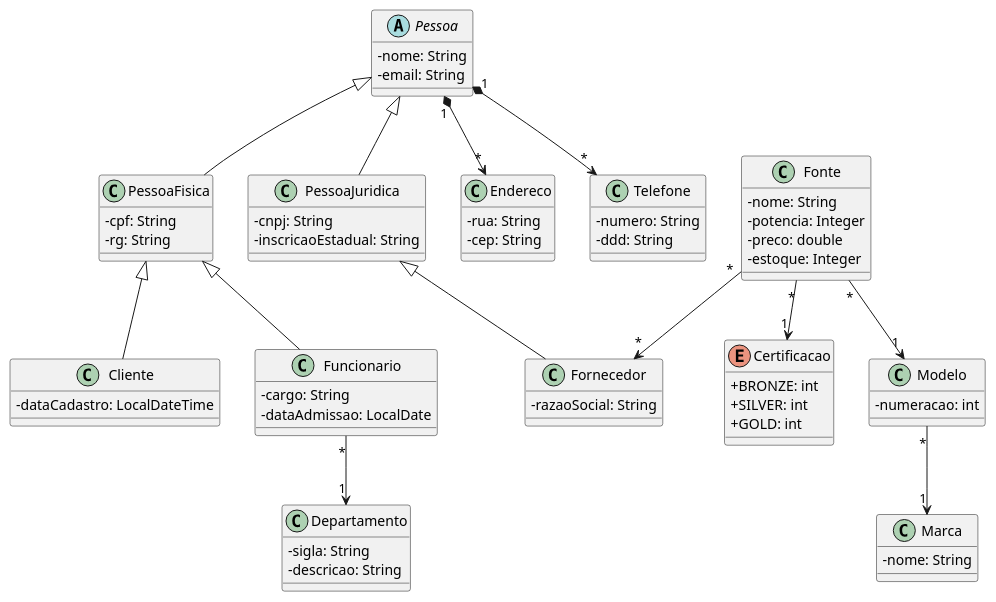
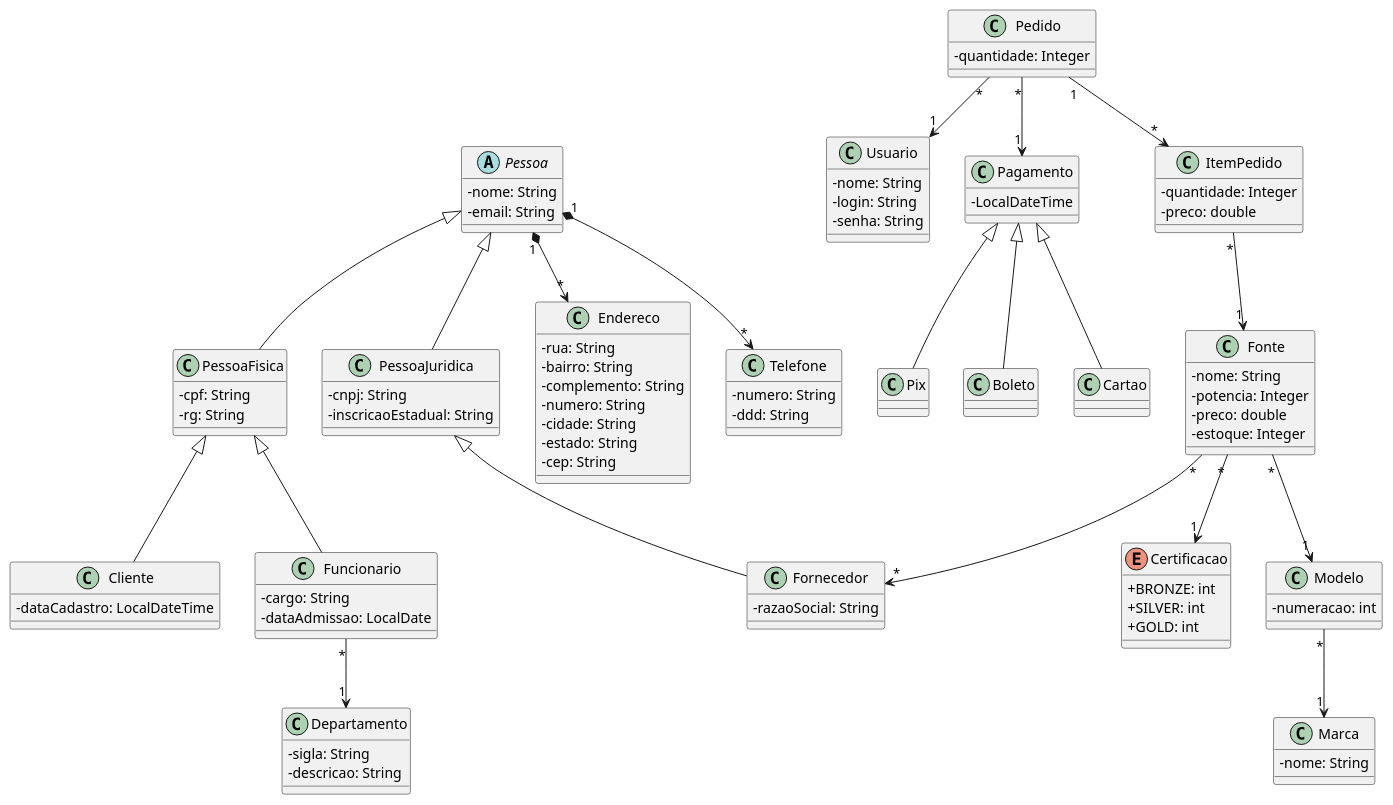
The diagram in src/main/resources/UML.puml (BielGG9/fontestp1), drawn with PlantUML before and after one commit. The commit also changed 1 other file, not shown here.

```diff
--- a/src/main/resources/UML.puml
+++ b/src/main/resources/UML.puml
@@ -1,72 +1,129 @@
 @startuml
 
 skinparam classAttributeIconSize 0
 
 
 class PessoaFisica extends Pessoa {
   -cpf: String
   -rg: String
 }
 
 class PessoaJuridica extends Pessoa {
   -cnpj: String
   -inscricaoEstadual: String
 }
 
 abstract class Pessoa {
   -nome: String
   -email: String
 }
 
 class Cliente extends PessoaFisica{
   -dataCadastro: LocalDateTime
 }
+
 class Endereco {
   -rua: String
+  -bairro: String
+  -complemento: String
+  -numero: String
+  -cidade: String
+  -estado: String
   -cep: String
+
 }
+
 class Telefone {
   -numero: String
   -ddd: String
 }
 
 Class Departamento {
   -sigla: String
   -descricao: String
 }
+
 class Funcionario extends PessoaFisica {
   -cargo: String
   -dataAdmissao: LocalDate
 }
+
 class Fornecedor extends PessoaJuridica {
   -razaoSocial: String
 }
+
+class Usuario {
+  -nome: String
+  -login: String
+  -senha: String
+}
+
+class Pedido {
+  -quantidade: Integer
+
+}
+
+class Pagamento {
+  -LocalDateTime
+
+}
+
+class Pix extends Pagamento {
+
+}
+
+class Boleto extends Pagamento {
+
+}
+
+class Cartao extends Pagamento{
+
+}
+
+class ItemPedido {
+  -quantidade: Integer
+  -preco: double
+
+}
+
 class Fonte {
   -nome: String
   -potencia: Integer
   -preco: double
   -estoque: Integer
 }
+
 class Marca {
   -nome: String
 }
+
 enum Certificacao {
   + BRONZE: int
   + SILVER: int
   + GOLD: int 
 }
+
 class Modelo {
   -numeracao: int
   
   }
 
 Pessoa "1" *--> "*" Endereco
 Pessoa "1" *--> "*" Telefone
+
 Funcionario "*" --> "1" Departamento
+
+Pedido "*" --> "1" Usuario 
+Pedido "1" --> "*" ItemPedido
+Pedido "*" --> "1" Pagamento 
+
+ItemPedido "*" --> "1" Fonte
+
 Fonte "*" --> "1" Modelo
+Fonte "*" --> "*" Fornecedor
 Fonte "*" --> "1" Certificacao
-Fonte "*" --> "*" Fornecedor
+
 Modelo "*" --> "1" Marca
 
 
 @enduml
```
